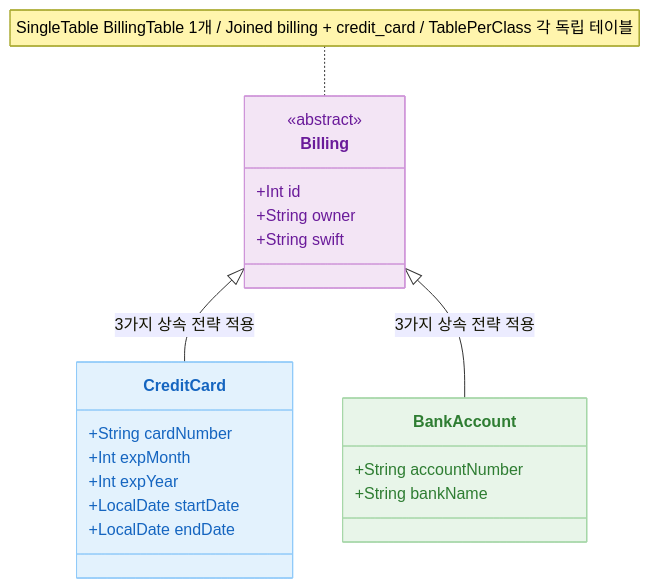
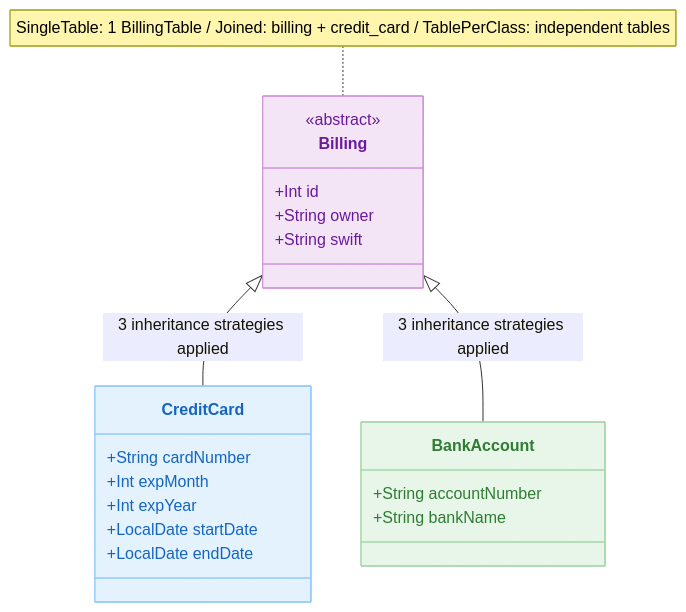
Before and after one commit to bluetape4k/exposed-workshop: the first of 7 diagrams in 07-jpa/02-convert-jpa-advanced/README.md, drawn with Mermaid. The commit also changed other lines of this file and 115 other files, not shown here.

````diff
--- a/07-jpa/02-convert-jpa-advanced/README.md
+++ b/07-jpa/02-convert-jpa-advanced/README.md
@@ -95,29 +97,29 @@
 ```mermaid
 classDiagram
     class Billing {
         <<abstract>>
         +Int id
         +String owner
         +String swift
     }
     class CreditCard {
         +String cardNumber
         +Int expMonth
         +Int expYear
         +LocalDate startDate
         +LocalDate endDate
     }
     class BankAccount {
         +String accountNumber
         +String bankName
     }
 
-    Billing <|-- CreditCard : 3가지 상속 전략 적용
-    Billing <|-- BankAccount : 3가지 상속 전략 적용
+    Billing <|-- CreditCard : 3 inheritance strategies applied
+    Billing <|-- BankAccount : 3 inheritance strategies applied
 
-    note for Billing "SingleTable BillingTable 1개 / Joined billing + credit_card / TablePerClass 각 독립 테이블"
+    note for Billing "SingleTable: 1 BillingTable / Joined: billing + credit_card / TablePerClass: independent tables"
 
     style Billing fill:#F3E5F5,stroke:#CE93D8,color:#6A1B9A
     style CreditCard fill:#E3F2FD,stroke:#90CAF9,color:#1565C0
     style BankAccount fill:#E8F5E9,stroke:#A5D6A7,color:#2E7D32
 ```
````
